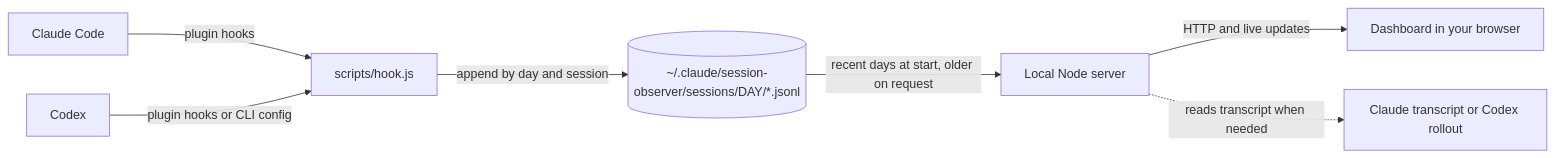
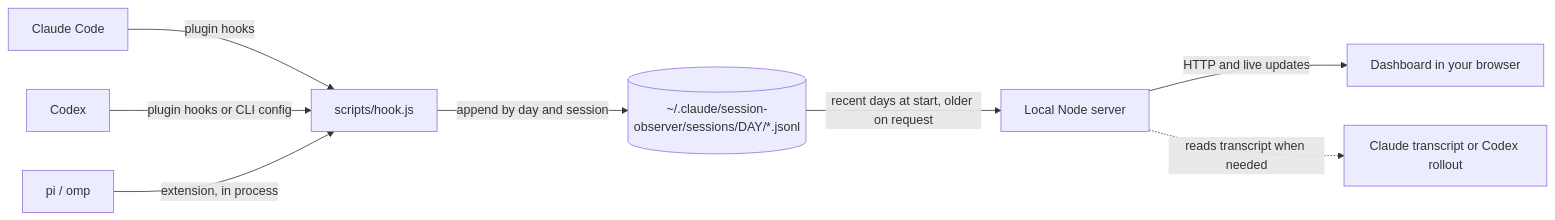
One commit to radekwojpl2/session-observer changed the first of 3 diagrams in README.md. Above: the diagram before and after it, drawn with Mermaid. The commit also changed other lines of this file and 26 other files, not shown here.

```diff
--- a/README.md
+++ b/README.md
@@ -42,9 +42,10 @@
 ~~~mermaid
 flowchart LR
   C[Claude Code] -->|plugin hooks| H[scripts/hook.js]
   X[Codex] -->|plugin hooks or CLI config| H
+  P[pi / omp] -->|extension, in process| H
   H -->|append by day and session| L[(~/.claude/session-observer/sessions/DAY/*.jsonl)]
   L -->|recent days at start, older on request| S[Local Node server]
   S -->|HTTP and live updates| D[Dashboard in your browser]
   S -. reads transcript when needed .-> T[Claude transcript or Codex rollout]
 ~~~
```
